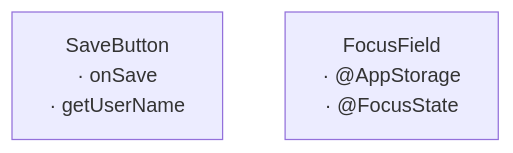
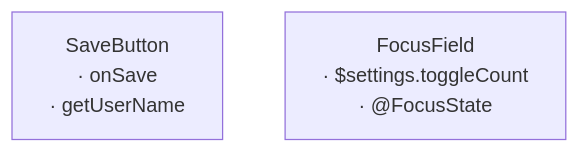
The third of 3 diagrams in hypermodular/scripts/fixtures/clean/APP-MAP.md (sisoje/hypermodular), drawn with Mermaid before and after one commit. The commit also changed other lines of this file and 44 other files, not shown here.

````diff
--- a/hypermodular/scripts/fixtures/clean/APP-MAP.md
+++ b/hypermodular/scripts/fixtures/clean/APP-MAP.md
@@ -26,6 +28,6 @@
 ```mermaid
 %% Root: App · Unmounted
 flowchart TD
     SaveButton["SaveButton<br/>· onSave<br/>· getUserName"]
-    FocusField["FocusField<br/>· @AppStorage<br/>· @FocusState"]
+    FocusField["FocusField<br/>· $settings.toggleCount<br/>· @FocusState"]
 ```
````
